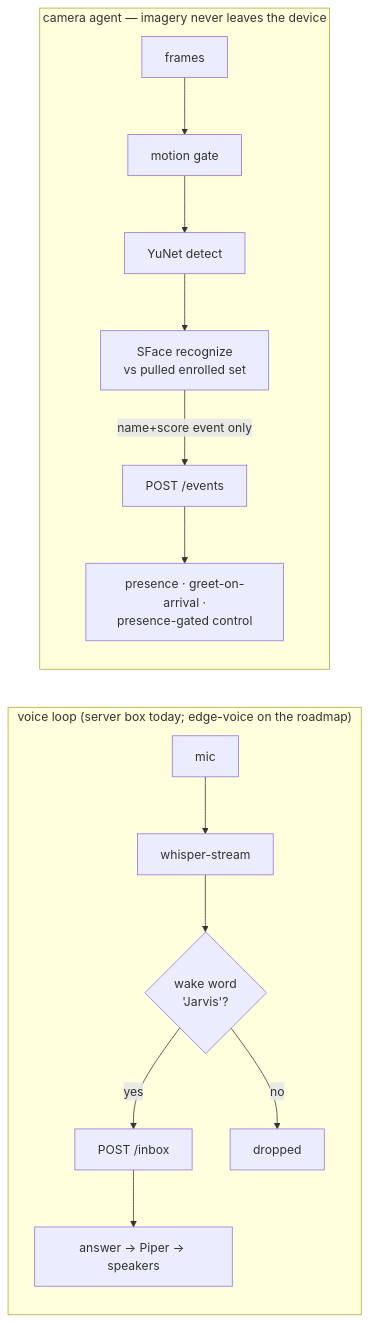
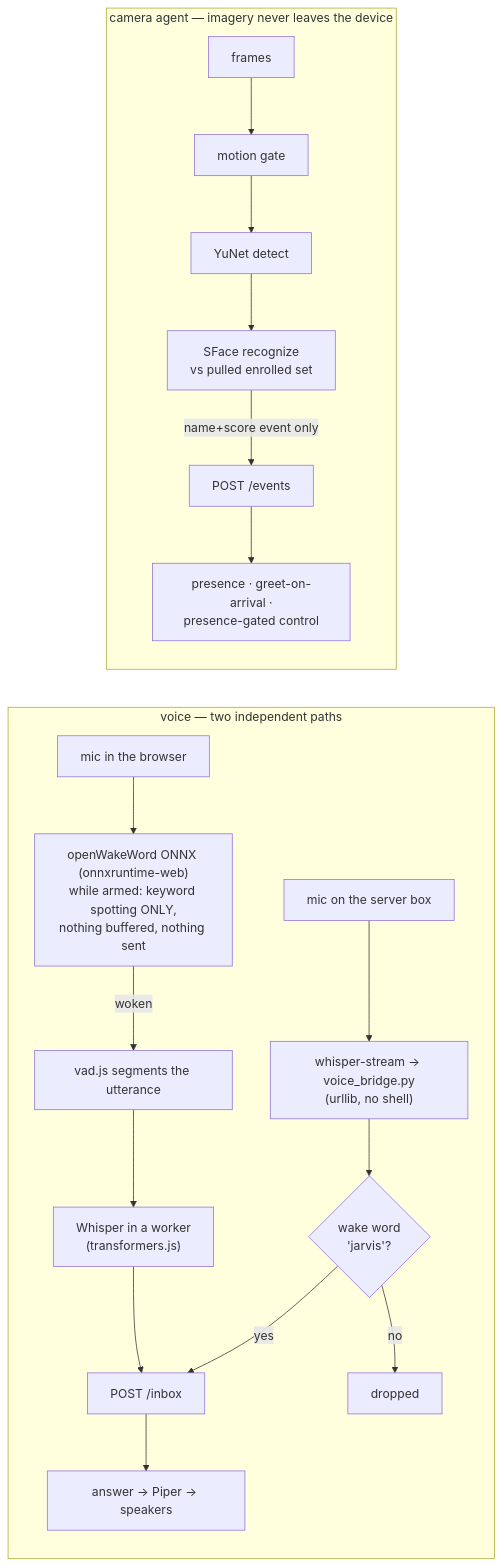
The ninth of 10 diagrams in docs/DIAGRAMS.md (Ravijangid820/jarvis), drawn with Mermaid before and after one commit. The commit also changed other lines of this file and 10 other files, not shown here.

````diff
--- a/docs/DIAGRAMS.md
+++ b/docs/DIAGRAMS.md
@@ -213,11 +247,13 @@
 ```mermaid
 flowchart LR
-  subgraph VOICE["voice loop (server box today; edge-voice on the roadmap)"]
-    MIC["mic"] --> WS["whisper-stream"] --> WW{"wake word<br/>'Jarvis'?"} -->|yes| INB["POST /inbox"] --> ANS["answer → Piper → speakers"]
+  subgraph VOICE["voice — two independent paths"]
+    MIC["mic on the server box"] --> WS["whisper-stream → voice_bridge.py<br/>(urllib, no shell)"] --> WW{"wake word<br/>'jarvis'?"} -->|yes| INB["POST /inbox"] --> ANS["answer → Piper → speakers"]
     WW -->|no| DROPV["dropped"]
+    BMIC["mic in the browser"] --> BWW["openWakeWord ONNX (onnxruntime-web)<br/>while armed: keyword spotting ONLY,<br/>nothing buffered, nothing sent"]
+    BWW -->|"woken"| BVAD["vad.js segments the utterance"] --> BSTT["Whisper in a worker<br/>(transformers.js)"] --> INB
   end
   subgraph VISION["camera agent — imagery never leaves the device"]
     FR["frames"] --> MO["motion gate"] --> FD["YuNet detect"] --> FRZ["SFace recognize<br/>vs pulled enrolled set"]
     FRZ -->|"name+score event only"| EV["POST /events"] --> PRES["presence · greet-on-arrival ·<br/>presence-gated control"]
   end
 ```
````
